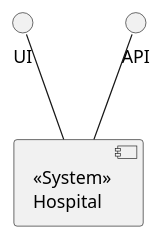
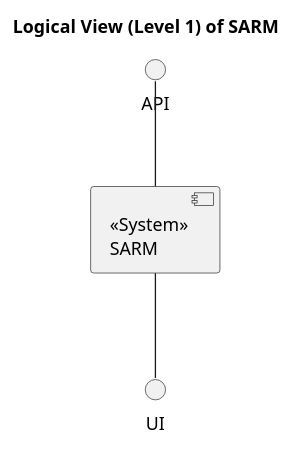
One commit to Saquinho74/LAPR5 changed the diagram in Docs/SprintA/global_artifacts/level1/logicalView.puml. Above: the diagram before and after it, drawn with PlantUML.

Commit message:
logical view level 1 update

```diff
--- a/Docs/SprintA/global_artifacts/level1/logicalView.puml
+++ b/Docs/SprintA/global_artifacts/level1/logicalView.puml
@@ -1,6 +1,9 @@
 @startuml
 
-  UI -down- [<<System>>\nHospital]
-  API -down- [<<System>>\nHospital]
+title "Logical View (Level 1) of SARM"
+
+
+  UI -up- [<<System>>\nSARM] 
+  API -down- [<<System>>\nSARM] 
 
 @enduml
```
